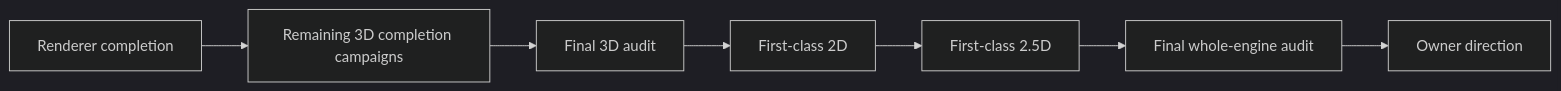
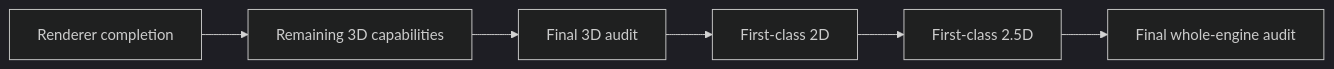
One commit to bconnell/HenkaEngine changed the diagram in docs/roadmap.md. Above: the diagram before and after it, drawn with Mermaid (dark theme). The commit also changed other lines of this file and 10 other files, not shown here.

Commit message:
docs: clarify public roadmap and contributor documentation

````diff
--- a/docs/roadmap.md
+++ b/docs/roadmap.md
@@ -77,12 +69,11 @@
 ```mermaid
 flowchart LR
     Renderer[Renderer completion]
-    ThreeD[Remaining 3D completion campaigns]
+    ThreeD[Remaining 3D capabilities]
     Final3D[Final 3D audit]
     TwoD[First-class 2D]
     TwoFiveD[First-class 2.5D]
     FinalAll[Final whole-engine audit]
-    Owner[Owner direction]
 
-    Renderer --> ThreeD --> Final3D --> TwoD --> TwoFiveD --> FinalAll --> Owner
+    Renderer --> ThreeD --> Final3D --> TwoD --> TwoFiveD --> FinalAll
 ```
````
